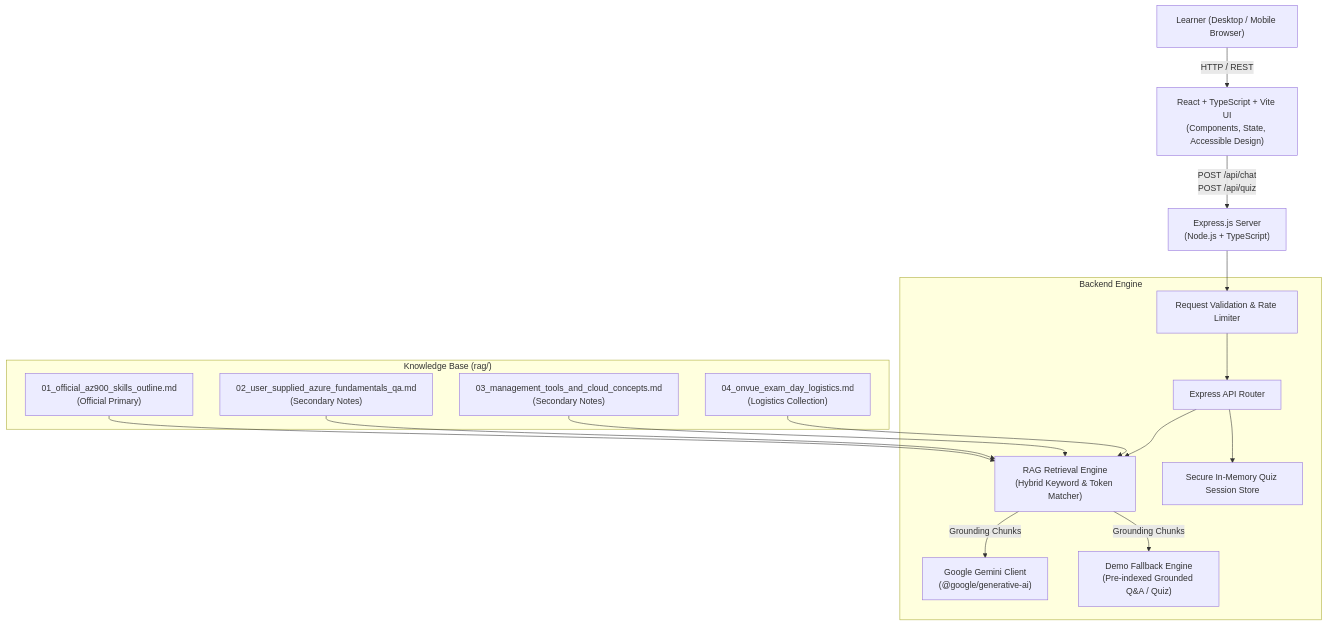
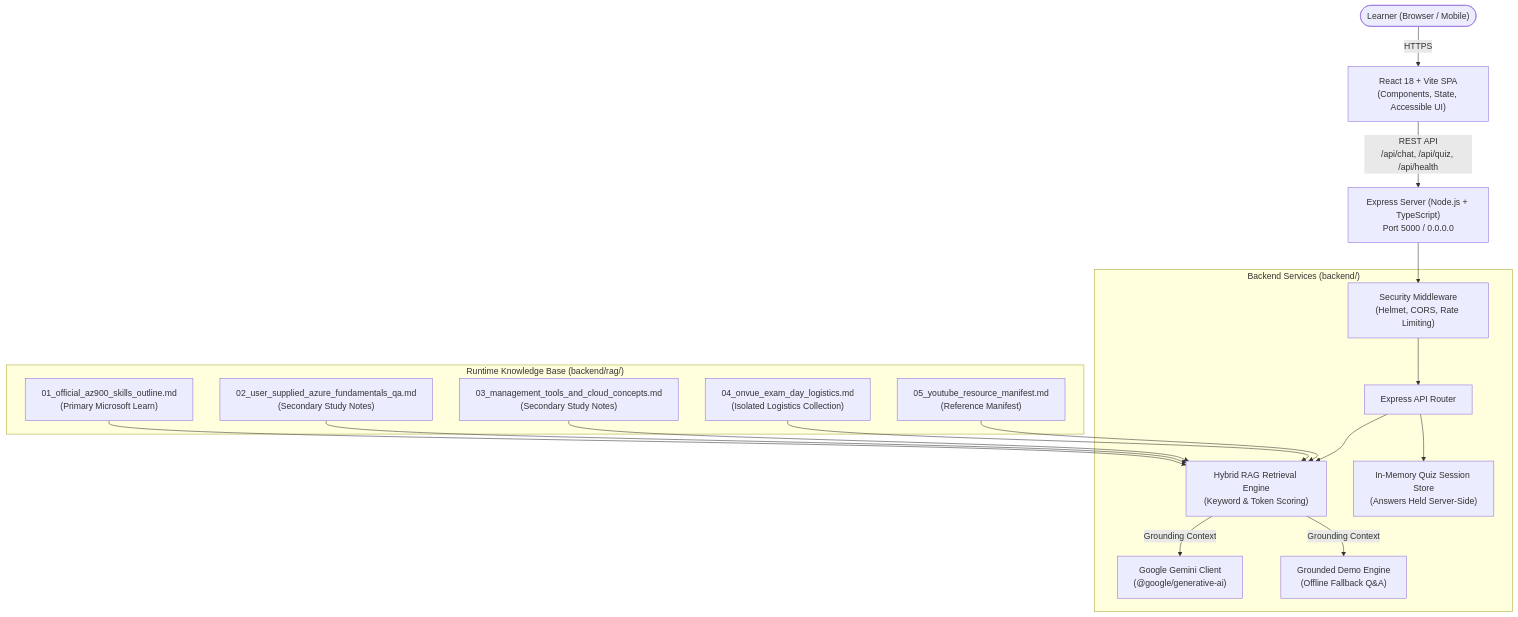
One commit to wemaE/AZ-900-Exampreparation-tool changed the diagram in README.md. Above: the diagram before and after it, drawn with Mermaid. The commit also changed other lines of this file and 12 other files, not shown here.

Commit message:
docs: reorganize RAG knowledge into backend, update root README, and refine Render deployment configuration

````diff
--- a/README.md
+++ b/README.md
@@ -79,34 +70,35 @@
 ```mermaid
-graph TD
-    User["Learner (Desktop / Mobile Browser)"] -->|HTTP / REST| Frontend["React + TypeScript + Vite UI<br/>(Components, State, Accessible Design)"]
-    Frontend -->|POST /api/chat<br/>POST /api/quiz| Backend["Express.js Server<br/>(Node.js + TypeScript)"]
-    
-    subgraph "Backend Engine"
-        Validator["Request Validation & Rate Limiter"]
+flowchart TD
+    User(["Learner (Browser / Mobile)"]) -->|HTTPS| Frontend["React 18 + Vite SPA<br/>(Components, State, Accessible UI)"]
+    Frontend -->|REST API<br/>/api/chat, /api/quiz, /api/health| Backend["Express Server (Node.js + TypeScript)<br/>Port 5000 / 0.0.0.0"]
+
+    subgraph BackendServices["Backend Services (backend/)"]
+        Security["Security Middleware<br/>(Helmet, CORS, Rate Limiting)"]
         Router["Express API Router"]
-        RAG["RAG Retrieval Engine<br/>(Hybrid Keyword & Token Matcher)"]
+        RAG["Hybrid RAG Retrieval Engine<br/>(Keyword & Token Scoring)"]
         Gemini["Google Gemini Client<br/>(@google/generative-ai)"]
-        DemoEngine["Demo Fallback Engine<br/>(Pre-indexed Grounded Q&A / Quiz)"]
-        QuizStore["Secure In-Memory Quiz Session Store"]
+        DemoEngine["Grounded Demo Engine<br/>(Offline Fallback Q&A)"]
+        QuizStore["In-Memory Quiz Session Store<br/>(Answers Held Server-Side)"]
     end
 
-    Backend --> Validator
-    Validator --> Router
+    Backend --> Security
+    Security --> Router
     Router --> RAG
     Router --> QuizStore
-    
-    RAG -->|Grounding Chunks| Gemini
-    RAG -->|Grounding Chunks| DemoEngine
-    
-    subgraph "Knowledge Base (rag/)"
-        Doc1["01_official_az900_skills_outline.md<br/>(Official Primary)"]
-        Doc2["02_user_supplied_azure_fundamentals_qa.md<br/>(Secondary Notes)"]
-        Doc3["03_management_tools_and_cloud_concepts.md<br/>(Secondary Notes)"]
-        Doc4["04_onvue_exam_day_logistics.md<br/>(Logistics Collection)"]
+    RAG -->|Grounding Context| Gemini
+    RAG -->|Grounding Context| DemoEngine
+
+    subgraph KnowledgeBase["Runtime Knowledge Base (backend/rag/)"]
+        Doc1["01_official_az900_skills_outline.md<br/>(Primary Microsoft Learn)"]
+        Doc2["02_user_supplied_azure_fundamentals_qa.md<br/>(Secondary Study Notes)"]
+        Doc3["03_management_tools_and_cloud_concepts.md<br/>(Secondary Study Notes)"]
+        Doc4["04_onvue_exam_day_logistics.md<br/>(Isolated Logistics Collection)"]
+        Doc5["05_youtube_resource_manifest.md<br/>(Reference Manifest)"]
     end
-    
+
     Doc1 --> RAG
     Doc2 --> RAG
     Doc3 --> RAG
     Doc4 --> RAG
+    Doc5 --> RAG
 ```
````
